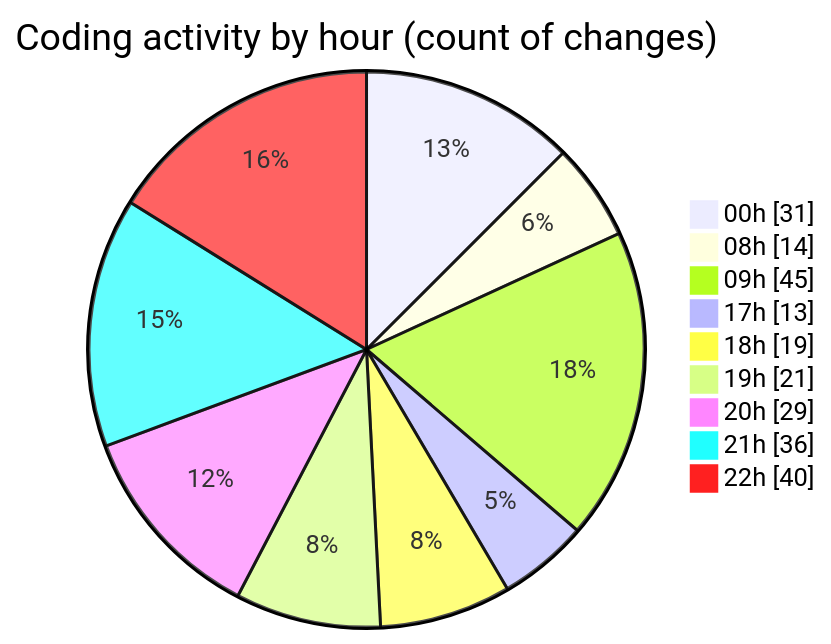
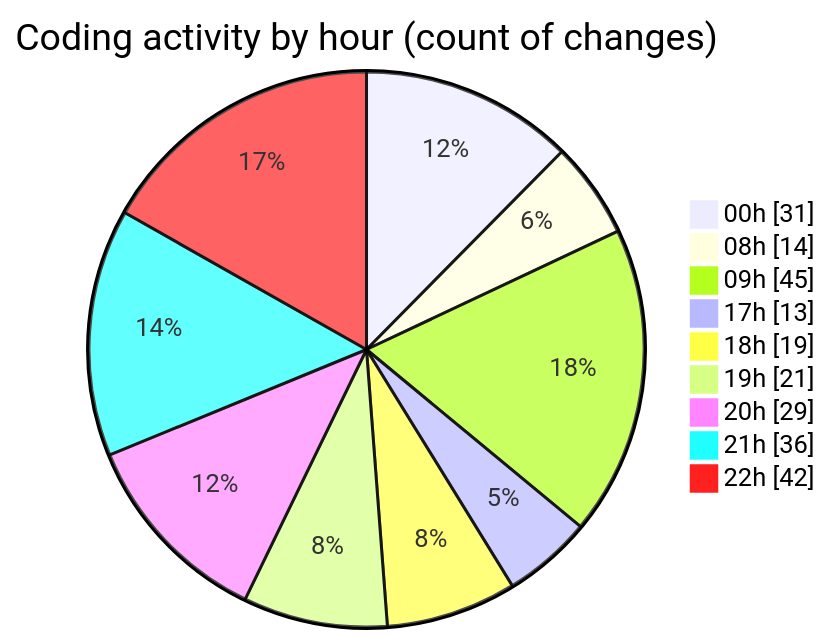
One commit to lephambinh05/code-tracking changed the second of 2 diagrams in 2025-08-03/studybuddy/README.md. Above: the diagram before and after it, drawn with Mermaid. The commit also changed other lines of this file and 1 other file, not shown here.

````diff
--- a/2025-08-03/studybuddy/README.md
+++ b/2025-08-03/studybuddy/README.md
@@ -103,13 +103,13 @@
 ```mermaid
 pie showData
 title Coding activity by hour (count of changes)
 "00h" : 31
 "08h" : 14
 "09h" : 45
 "17h" : 13
 "18h" : 19
 "19h" : 21
 "20h" : 29
 "21h" : 36
-"22h" : 40
+"22h" : 42
 ```
````
